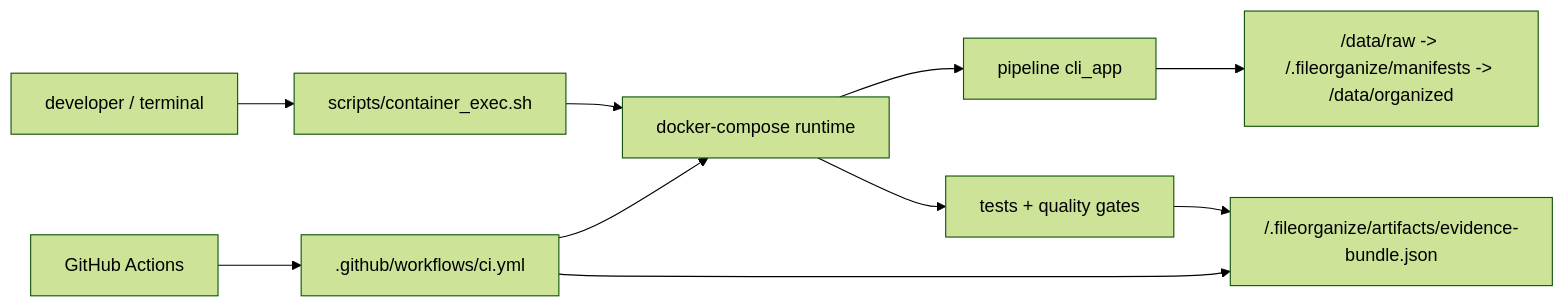
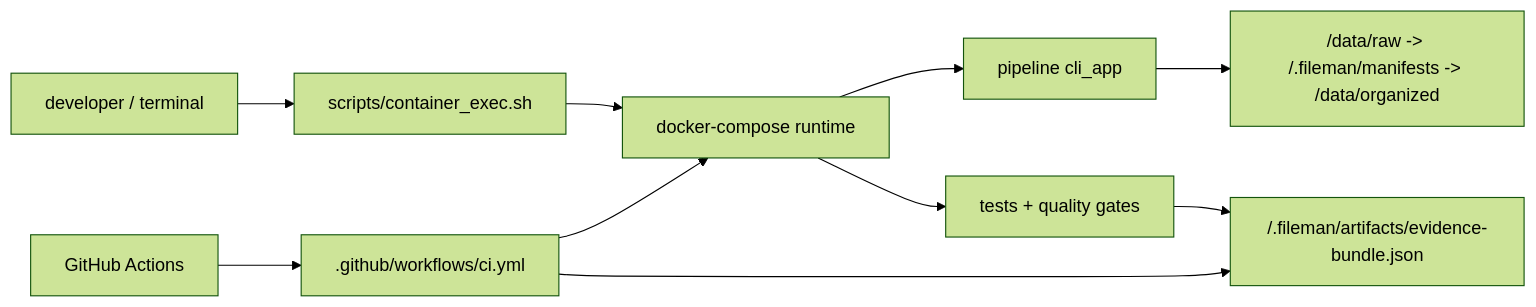
Before and after one commit to xiaojiou176-open/fileyard: the second of 2 diagrams in docs/architecture.md, drawn with Mermaid (forest theme). The commit also changed other lines of this file and 292 other files, not shown here.

````diff
--- a/docs/architecture.md
+++ b/docs/architecture.md
@@ -42,12 +42,12 @@
 ```mermaid
 graph LR
     A["developer / terminal"] --> B["scripts/container_exec.sh"]
     B --> C[docker-compose runtime]
     C --> D[pipeline cli_app]
-    D --> E[<workspace-root>/data/raw -> <workspace-root>/.fileorganize/manifests -> <workspace-root>/data/organized]
+    D --> E[<workspace-root>/data/raw -> <workspace-root>/.fileman/manifests -> <workspace-root>/data/organized]
     C --> F["tests + quality gates"]
-    F --> G[<workspace-root>/.fileorganize/artifacts/evidence-bundle.json]
+    F --> G[<workspace-root>/.fileman/artifacts/evidence-bundle.json]
     H[GitHub Actions] --> I[.github/workflows/ci.yml]
     I --> C
     I --> G
 ```
````
